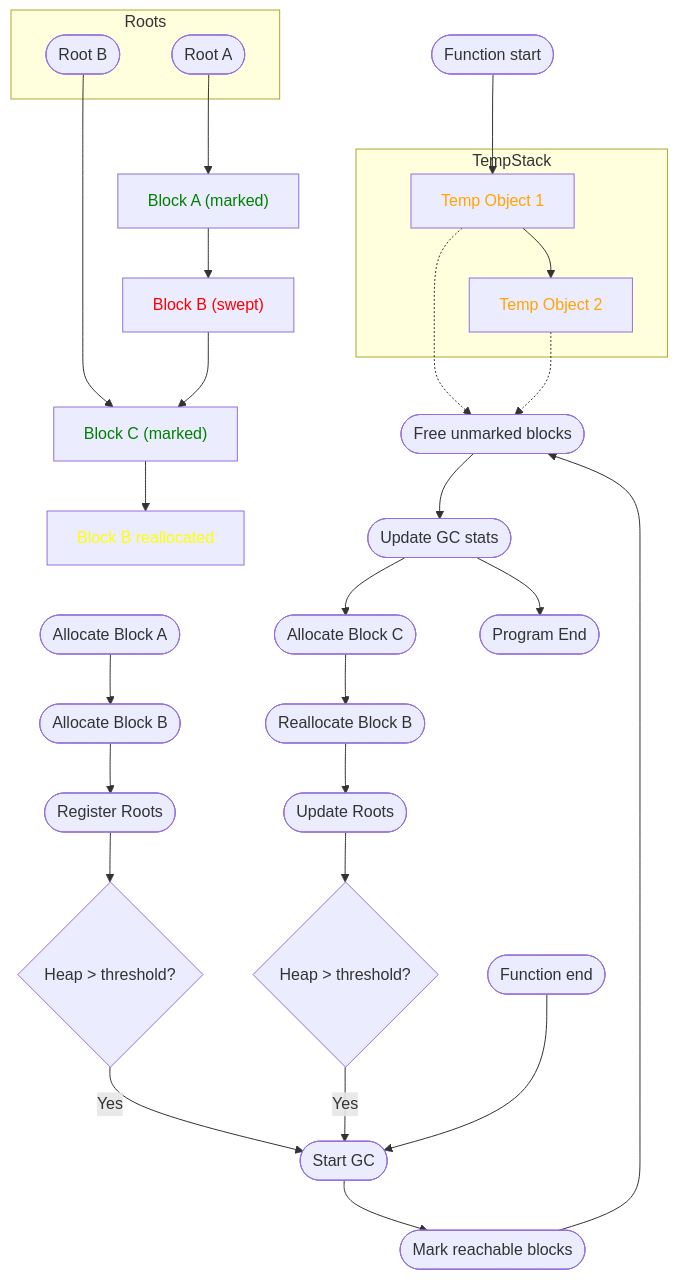
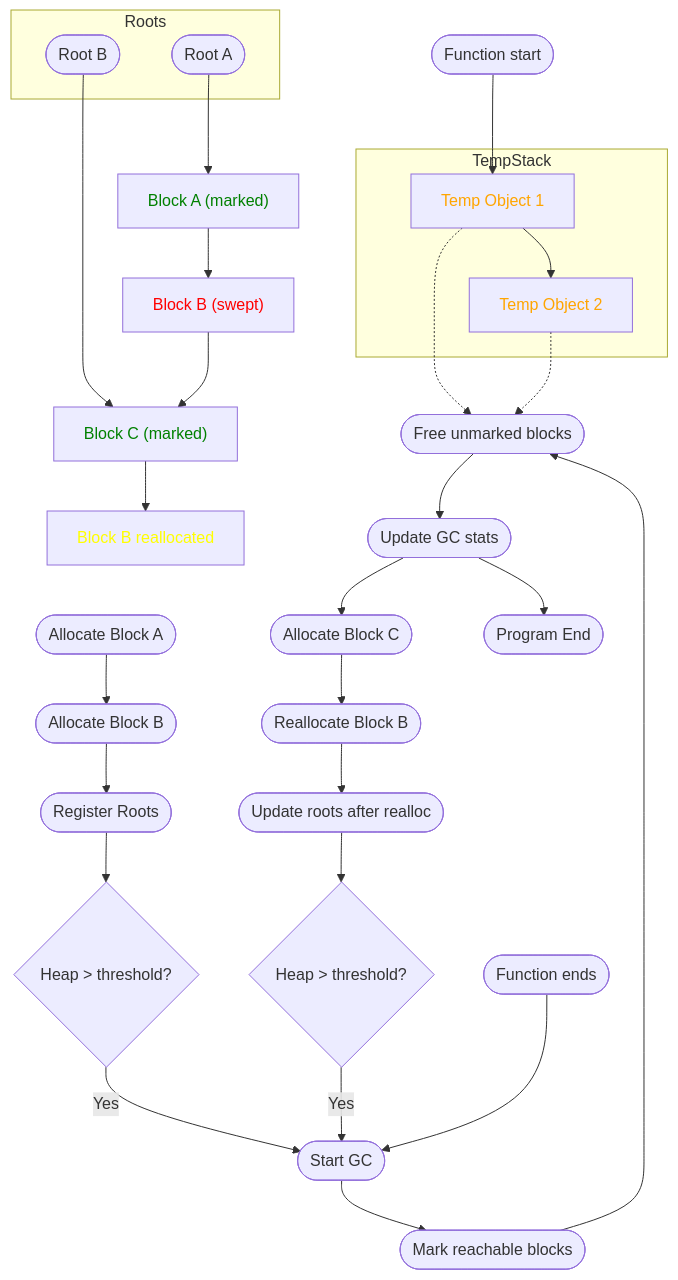
One commit to MyNameIsTrez/ft-gc changed the first of 4 diagrams in README.md. Above: the diagram before and after it, drawn with Mermaid. The commit also changed other lines of this file, not shown here.

````diff
--- a/README.md
+++ b/README.md
@@ -52,39 +56,40 @@
 ```mermaid
 flowchart TD
     subgraph Roots
         R1([Root A])
         R2([Root B])
     end
 
     B1["<span style='color:green'>Block A (marked)</span>"]
     B2["<span style='color:red'>Block B (swept)</span>"]
     B3["<span style='color:green'>Block C (marked)</span>"]
     B4["<span style='color:yellow'>Block B reallocated</span>"]
 
     subgraph TempStack
         T1["<span style='color:orange'>Temp Object 1</span>"]
         T2["<span style='color:orange'>Temp Object 2</span>"]
     end
 
     R1 --> B1
     R2 --> B3
 
     B1 --> B2
     B2 --> B3
     B3 --> B4
 
     Alloc1([Allocate Block A]) --> Alloc2([Allocate Block B]) --> RootReg1([Register Roots])
     RootReg1 --> GCCheck1{Heap > threshold?}
     GCCheck1 -- Yes --> GCStart([Start GC]) --> MarkPhase([Mark reachable blocks])
     MarkPhase --> SweepPhase([Free unmarked blocks]) --> StatsUpdate([Update GC stats])
-    StatsUpdate --> Alloc3([Allocate Block C]) --> Realloc1([Reallocate Block B]) --> RootUpdate([Update Roots])
+    StatsUpdate --> Alloc3([Allocate Block C]) --> Realloc1([Reallocate Block B])
+    Realloc1 --> RootUpdate([Update roots after realloc])
     RootUpdate --> GCCheck2{Heap > threshold?}
     GCCheck2 -- Yes --> GCStart
 
     StartFunc([Function start]) --> T1 --> T2
-    FunctionEnd([Function end]) --> GCStart
+    FunctionEnd([Function ends]) --> GCStart
     T1 -.-> SweepPhase
     T2 -.-> SweepPhase
 
     StatsUpdate --> End([Program End])
 ```
````
